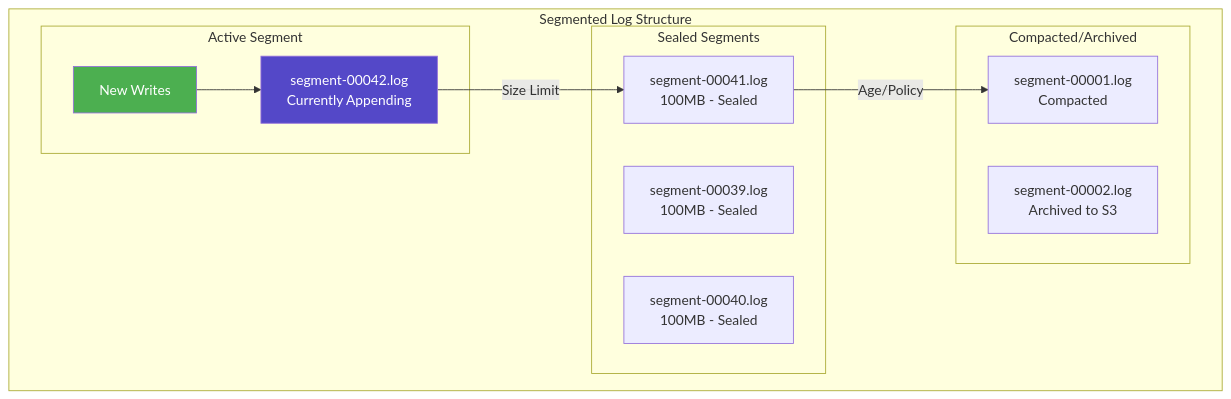
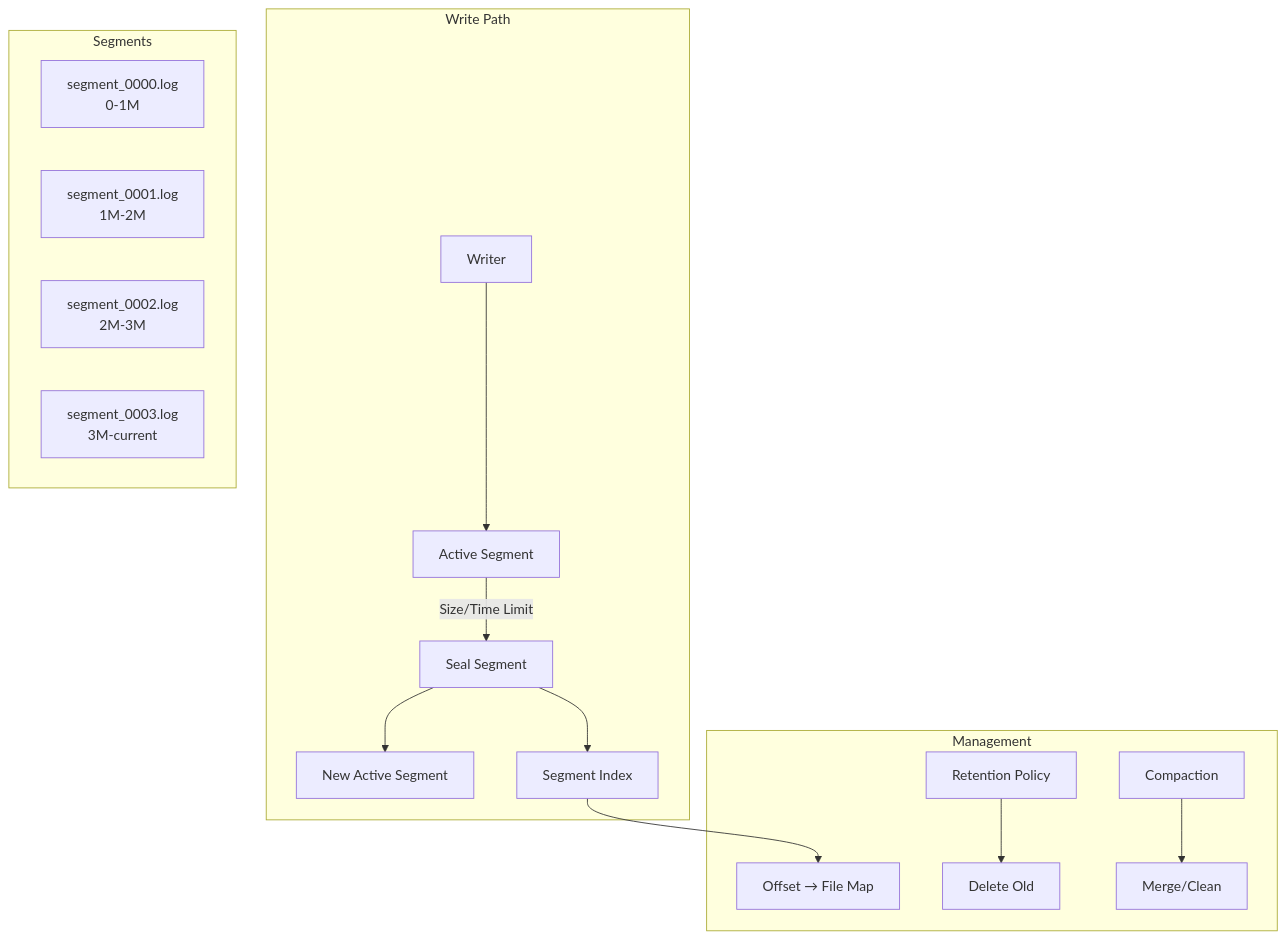
One commit to deepaucksharma/DStudio changed the second of 5 diagrams in docs/pattern-library/data-management/segmented-log.md. Above: the diagram before and after it, drawn with Mermaid. The commit also changed other lines of this file and 64 other files, not shown here.

````diff
--- a/docs/pattern-library/data-management/segmented-log.md
+++ b/docs/pattern-library/data-management/segmented-log.md
@@ -52,25 +114,22 @@
 ```mermaid
 graph TB
- subgraph "Segmented Log Structure"
- subgraph "Active Segment"
- Write[New Writes] --> Active[segment-00042.log<br/>Currently Appending]
- end
- 
- subgraph "Sealed Segments"
- S1[segment-00039.log<br/>100MB - Sealed]
- S2[segment-00040.log<br/>100MB - Sealed]
- S3[segment-00041.log<br/>100MB - Sealed]
- end
- 
- subgraph "Compacted/Archived"
- C1[segment-00001.log<br/>Compacted]
- C2[segment-00002.log<br/>Archived to S3]
- end
- 
- Active -->|Size Limit| S3
- S3 -->|Age/Policy| C1
- end
- 
- style Active fill:#5448C8,color:#fff
- style Write fill:#4CAF50,color:#fff
+    subgraph "Write Path"
+        W[Writer] --> AS[Active Segment]
+        AS -->|Size/Time Limit| SEAL[Seal Segment]
+        SEAL --> NEW[New Active Segment]
+        SEAL --> IDX[Update Index]
+    end
+    
+    subgraph "Segments"
+        S0[segment_0000.log<br/>0-1M]
+        S1[segment_0001.log<br/>1M-2M]
+        S2[segment_0002.log<br/>2M-3M]
+        ACTIVE[segment_0003.log<br/>3M-current]
+    end
+    
+    subgraph "Management"
+        IDX[Segment Index] --> MAP[Offset → File Map]
+        POL[Retention Policy] --> DEL[Delete Old]
+        COMP[Compaction] --> MERGE[Merge/Clean]
+    end
 ```
````
